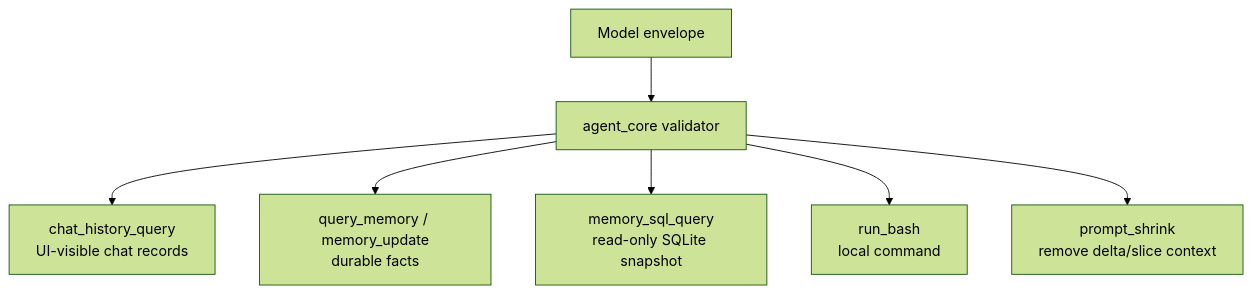
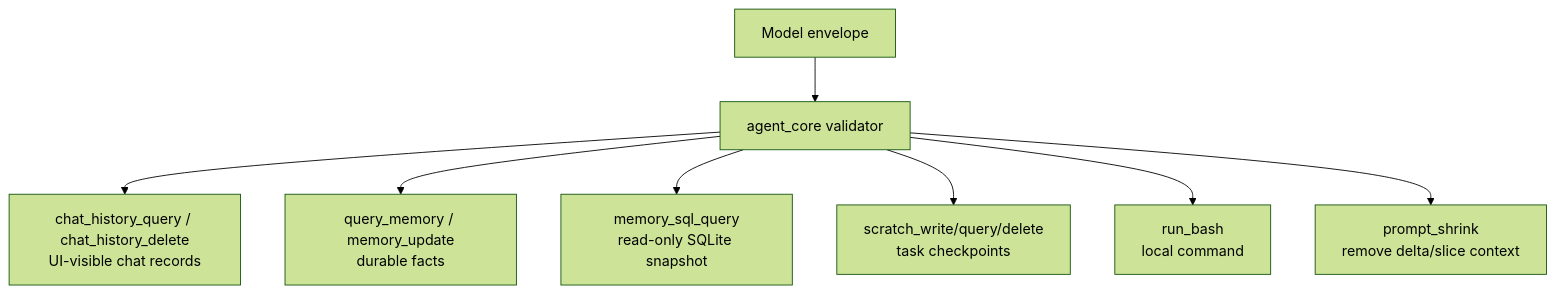
The fourth of 4 diagrams in docs/architecture.md (moliam/TimemAi), drawn with Mermaid (forest theme) before and after one commit. The commit also changed other lines of this file and 3 other files, not shown here.

````diff
--- a/docs/architecture.md
+++ b/docs/architecture.md
@@ -346,9 +346,10 @@
 ```mermaid
 flowchart TB
     Model["Model envelope"] --> Core["agent_core validator"]
-    Core --> Chat["chat_history_query\nUI-visible chat records"]
+    Core --> Chat["chat_history_query / chat_history_delete\nUI-visible chat records"]
     Core --> Memory["query_memory / memory_update\ndurable facts"]
     Core --> SQL["memory_sql_query\nread-only SQLite snapshot"]
+    Core --> Scratch["scratch_write/query/delete\ntask checkpoints"]
     Core --> Bash["run_bash\nlocal command"]
     Core --> Shrink["prompt_shrink\nremove delta/slice context"]
 ```
````
